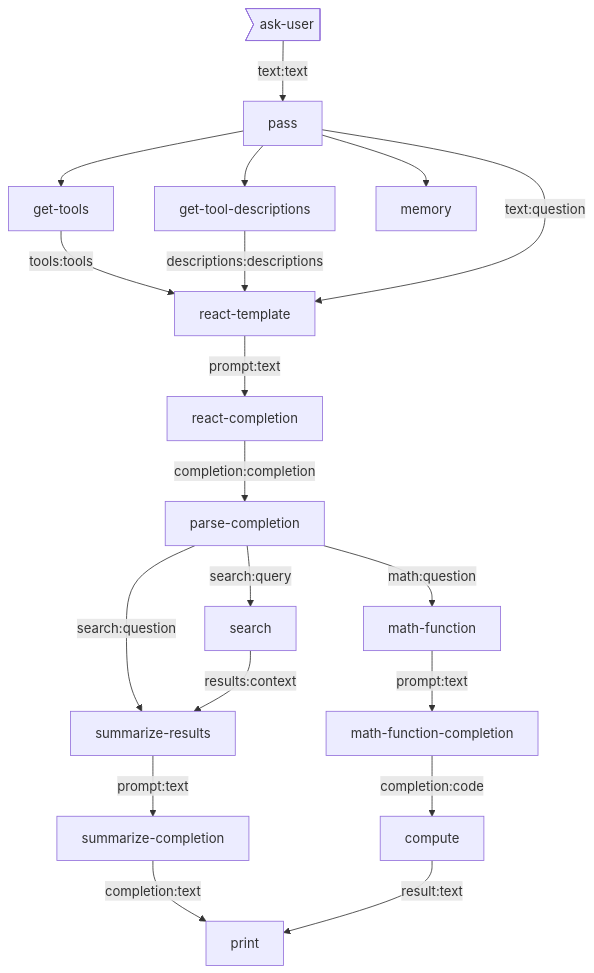
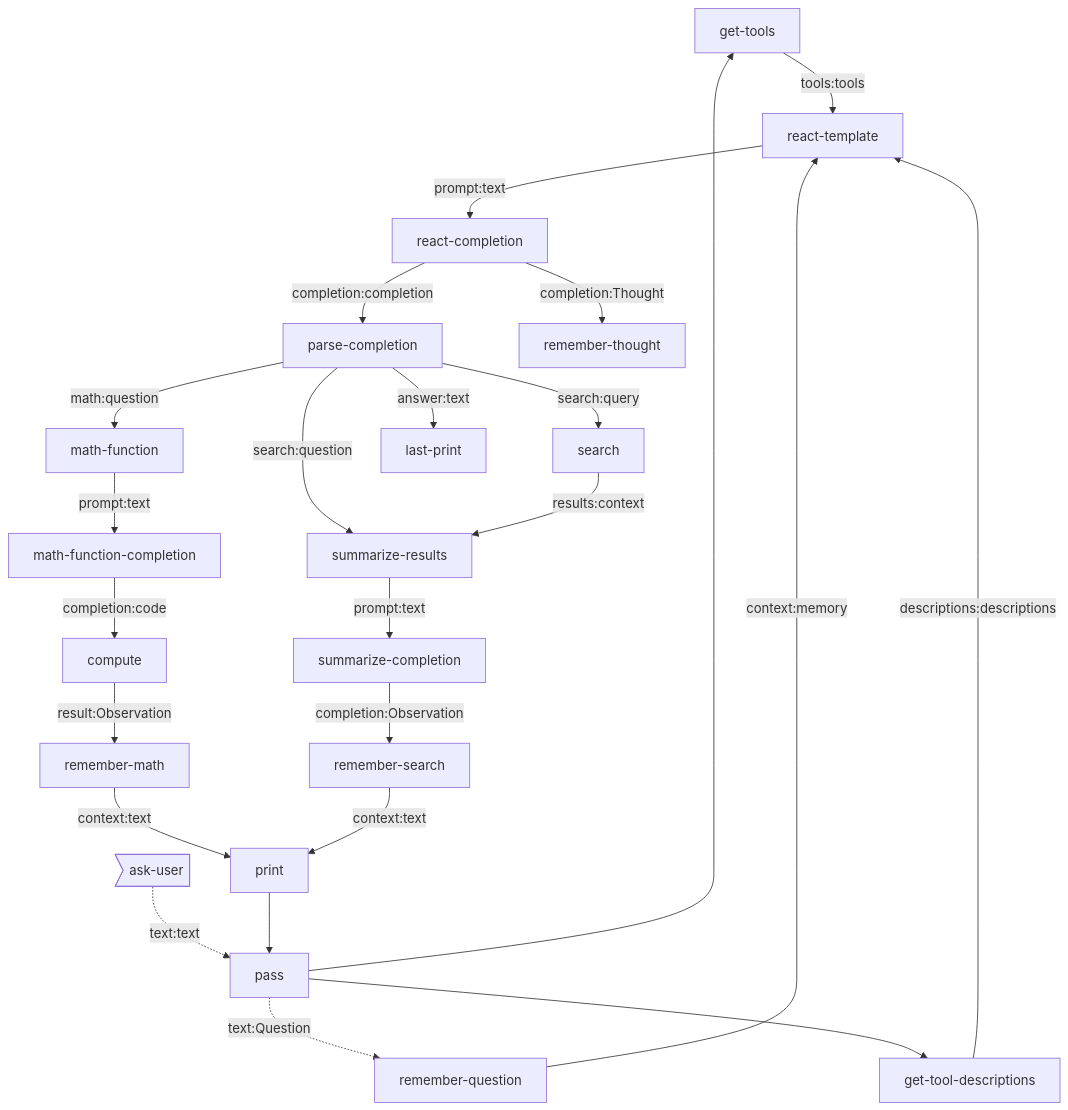
The diagram in seeds/graph-playground/docs/graphs/react.md (breadboard-ai/breadboard), drawn with Mermaid before and after one commit. The commit also changed 3 other files, not shown here.

Commit message:
[graph-playground] Functioning ReAct graph.

````diff
--- a/seeds/graph-playground/docs/graphs/react.md
+++ b/seeds/graph-playground/docs/graphs/react.md
@@ -4,21 +4,26 @@
 ```mermaid
 graph TD;
 get-tools -- tools:tools --> react-template
 get-tool-descriptions -- descriptions:descriptions --> react-template
-ask-user>ask-user] -- text:text --> pass
-pass -- text:question --> react-template
+ask-user>ask-user] -. text:text .-> pass
 pass --> get-tools
-pass --> memory
+pass -. text:Question .-> remember-question
+remember-question -- context:memory --> react-template
 pass --> get-tool-descriptions
 react-template -- prompt:text --> react-completion
 react-completion -- completion:completion --> parse-completion
+react-completion -- completion:Thought --> remember-thought
 parse-completion -- search:query --> search
 parse-completion -- math:question --> math-function
 parse-completion -- search:question --> summarize-results
 search -- results:context --> summarize-results
 summarize-results -- prompt:text --> summarize-completion
-summarize-completion -- completion:text --> print
 math-function -- prompt:text --> math-function-completion
 math-function-completion -- completion:code --> compute
-compute -- result:text --> print
+compute -- result:Observation --> remember-math
+remember-math -- context:text --> print
+summarize-completion -- completion:Observation --> remember-search
+remember-search -- context:text --> print
+print --> pass
+parse-completion -- answer:text --> last-print
 ```
````
